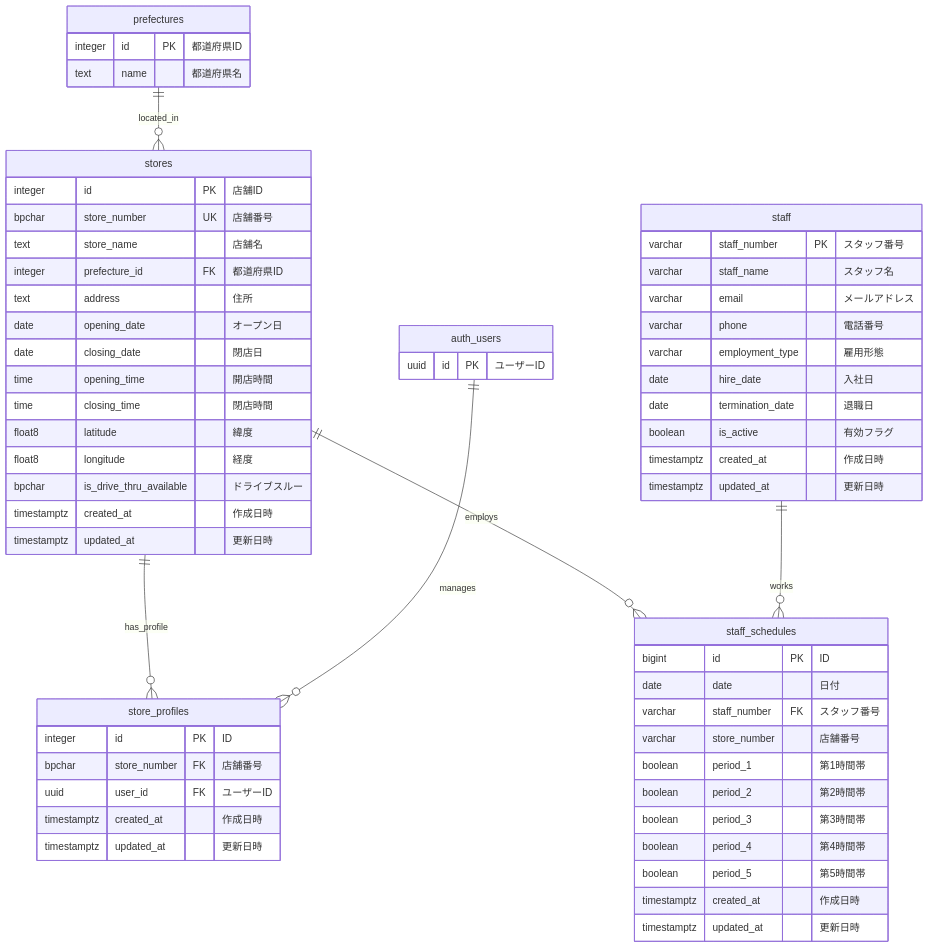
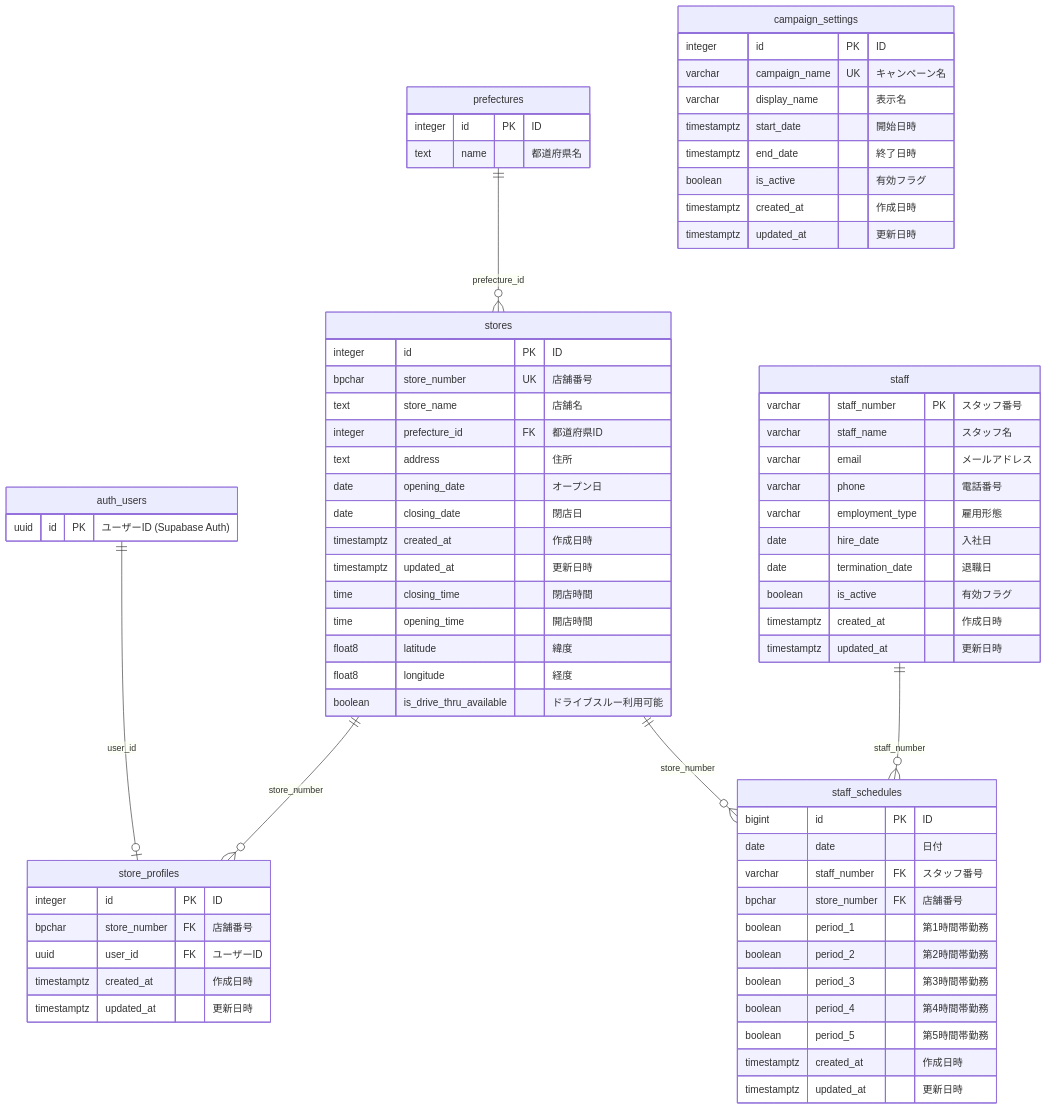
Before and after one commit to eno-conan/flutter-starbucks-clone-public: the diagram in supabase_schema/supabase/entity_relationship/er_diagram_store.mmd, drawn with Mermaid. The commit also changed 102 other files, not shown here.

```diff
--- a/supabase_schema/supabase/entity_relationship/er_diagram_store.mmd
+++ b/supabase_schema/supabase/entity_relationship/er_diagram_store.mmd
@@ -1,69 +1,78 @@
 erDiagram
-    %% 店舗・スタッフ関連のER図
-    
-    prefectures ||--o{ stores : "located_in"
-    stores ||--o{ store_profiles : "has_profile"
-    stores ||--o{ staff_schedules : "employs"
-    staff ||--o{ staff_schedules : "works"
-    auth_users ||--o{ store_profiles : "manages"
-    
-    prefectures {
-        integer id PK "都道府県ID"
-        text name "都道府県名"
+    auth_users ||--o| store_profiles : "user_id"
+    prefectures ||--o{ stores : "prefecture_id"
+    staff ||--o{ staff_schedules : "staff_number"
+    stores ||--o{ staff_schedules : "store_number"
+    stores ||--o{ store_profiles : "store_number"
+
+    auth_users {
+        uuid id PK "ユーザーID (Supabase Auth)"
     }
-    
+
     stores {
-        integer id PK "店舗ID"
+        integer id PK "ID"
         bpchar store_number UK "店舗番号"
         text store_name "店舗名"
         integer prefecture_id FK "都道府県ID"
         text address "住所"
         date opening_date "オープン日"
         date closing_date "閉店日"
+        timestamptz created_at "作成日時"
+        timestamptz updated_at "更新日時"
+        time closing_time "閉店時間"
         time opening_time "開店時間"
-        time closing_time "閉店時間"
         float8 latitude "緯度"
         float8 longitude "経度"
-        bpchar is_drive_thru_available "ドライブスルー"
-        timestamptz created_at "作成日時"
-        timestamptz updated_at "更新日時"
+        boolean is_drive_thru_available "ドライブスルー利用可能"
     }
-    
+
     store_profiles {
         integer id PK "ID"
         bpchar store_number FK "店舗番号"
         uuid user_id FK "ユーザーID"
         timestamptz created_at "作成日時"
         timestamptz updated_at "更新日時"
     }
-    
+
+    prefectures {
+        integer id PK "ID"
+        text name "都道府県名"
+    }
+
     staff {
         varchar staff_number PK "スタッフ番号"
         varchar staff_name "スタッフ名"
         varchar email "メールアドレス"
         varchar phone "電話番号"
         varchar employment_type "雇用形態"
         date hire_date "入社日"
         date termination_date "退職日"
         boolean is_active "有効フラグ"
         timestamptz created_at "作成日時"
         timestamptz updated_at "更新日時"
     }
-    
+
     staff_schedules {
         bigint id PK "ID"
         date date "日付"
         varchar staff_number FK "スタッフ番号"
-        varchar store_number "店舗番号"
-        boolean period_1 "第1時間帯"
-        boolean period_2 "第2時間帯"
-        boolean period_3 "第3時間帯"
-        boolean period_4 "第4時間帯"
-        boolean period_5 "第5時間帯"
+        bpchar store_number FK "店舗番号"
+        boolean period_1 "第1時間帯勤務"
+        boolean period_2 "第2時間帯勤務"
+        boolean period_3 "第3時間帯勤務"
+        boolean period_4 "第4時間帯勤務"
+        boolean period_5 "第5時間帯勤務"
         timestamptz created_at "作成日時"
         timestamptz updated_at "更新日時"
     }
-    
-    auth_users {
-        uuid id PK "ユーザーID"
+
+    campaign_settings {
+        integer id PK "ID"
+        varchar campaign_name UK "キャンペーン名"
+        varchar display_name "表示名"
+        timestamptz start_date "開始日時"
+        timestamptz end_date "終了日時"
+        boolean is_active "有効フラグ"
+        timestamptz created_at "作成日時"
+        timestamptz updated_at "更新日時"
     }
```
